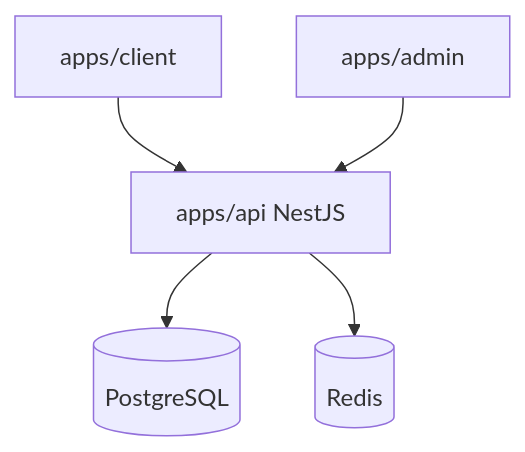
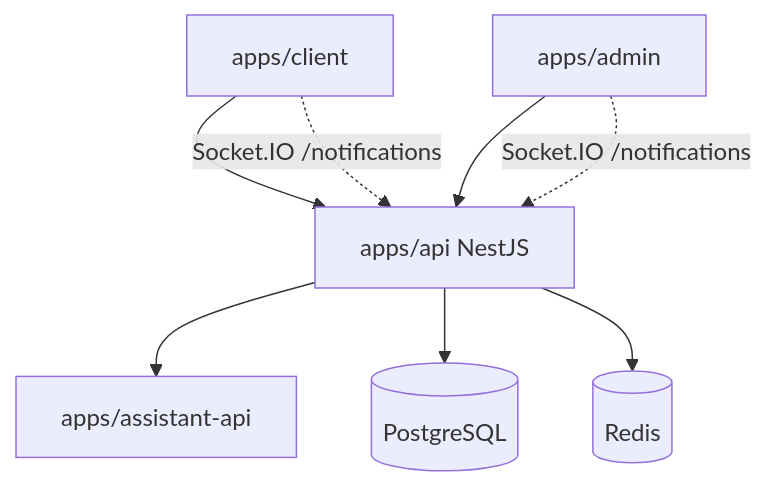
Before and after one commit to SCITAIGROUP1/Kloqra: the diagram in docs/architecture/CONTEXT.md, drawn with Mermaid. The commit also changed other lines of this file and 17 other files, not shown here.

First line of the commit message:
docs: sync specs, API routes, and roadmap with shipped features

````diff
--- a/docs/architecture/CONTEXT.md
+++ b/docs/architecture/CONTEXT.md
@@ -5,13 +5,17 @@
 ```mermaid
 flowchart TB
   Client[apps/client]
   Admin[apps/admin]
+  Assistant[apps/assistant-api]
   API[apps/api NestJS]
   PG[(PostgreSQL)]
   Redis[(Redis)]
 
   Client --> API
   Admin --> API
+  API --> Assistant
   API --> PG
   API --> Redis
+  Client -.->|Socket.IO /notifications| API
+  Admin -.->|Socket.IO /notifications| API
 ```
````
